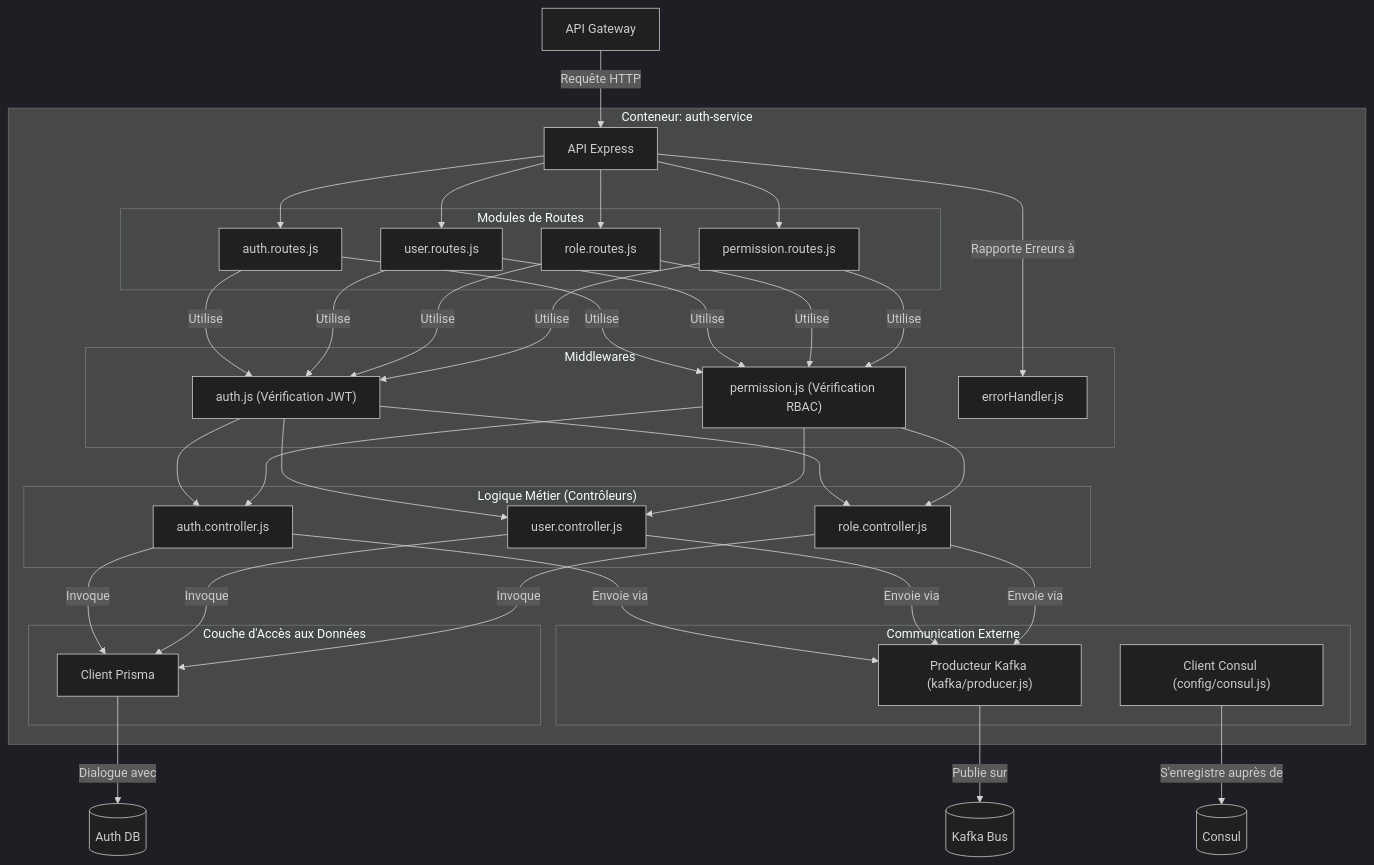
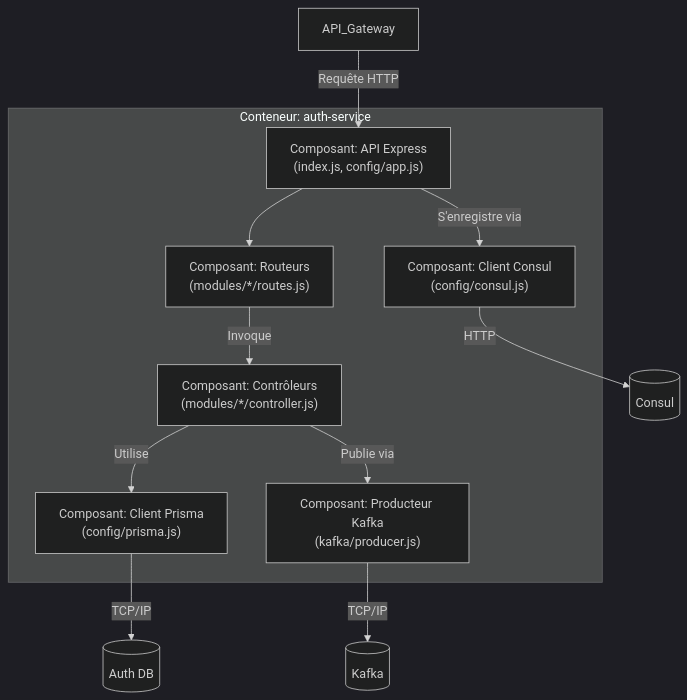
One commit to HarcheSamir/esisba-lirmm-ecommerce changed the fourth of 12 diagrams in MVP.md. Above: the diagram before and after it, drawn with Mermaid (dark theme). The commit also changed other lines of this file, not shown here.

````diff
--- a/MVP.md
+++ b/MVP.md
@@ -164,40 +200,22 @@
 ```mermaid
 graph TD
     subgraph "Conteneur: auth-service"
-        A[API Express]
-        subgraph "Modules de Routes"
-            B1[auth.routes.js]
-            B2[user.routes.js]
-            B3[role.routes.js]
-            B4[permission.routes.js]
-        end
-        subgraph "Middlewares"
-            C1["auth.js (Vérification JWT)"]
-            C2["permission.js (Vérification RBAC)"]
-            C3[errorHandler.js]
-        end
-        subgraph "Logique Métier (Contrôleurs)"
-            D1[auth.controller.js]
-            D2[user.controller.js]
-            D3[role.controller.js]
-        end
-        subgraph "Couche d'Accès aux Données"
-            E[Client Prisma]
-        end
-        subgraph "Communication Externe"
-            F["Producteur Kafka (kafka/producer.js)"]
-            G["Client Consul (config/consul.js)"]
-        end
+        API["Composant: API Express<br/>(index.js, config/app.js)"]
+        Routes["Composant: Routeurs<br/>(modules/*/routes.js)"]
+        Controllers["Composant: Contrôleurs<br/>(modules/*/controller.js)"]
+        PrismaClient["Composant: Client Prisma<br/>(config/prisma.js)"]
+        KafkaProducer["Composant: Producteur Kafka<br/>(kafka/producer.js)"]
+        ConsulClient["Composant: Client Consul<br/>(config/consul.js)"]
     end
     
-    API_Gateway["API Gateway"] -- "Requête HTTP" --> A
-    A --> B1 & B2 & B3 & B4
-    B1 & B2 & B3 & B4 -- "Utilise" --> C1 & C2
-    C1 & C2 --> D1 & D2 & D3
-    D1 & D2 & D3 -- "Invoque" --> E
-    D1 & D2 & D3 -- "Envoie via" --> F
-    A -- "Rapporte Erreurs à" --> C3
-    E -- "Dialogue avec" --> Auth_DB[("Auth DB")]
-    F -- "Publie sur" --> Kafka[("Kafka Bus")]
-    G -- "S'enregistre auprès de" --> Consul_Svc[("Consul")]
+    API_Gateway -- "Requête HTTP" --> API
+    API --> Routes
+    Routes -- "Invoque" --> Controllers
+    Controllers -- "Utilise" --> PrismaClient
+    Controllers -- "Publie via" --> KafkaProducer
+    API -- "S'enregistre via" --> ConsulClient
+    
+    PrismaClient -- "TCP/IP" --> Auth_DB[(Auth DB)]
+    KafkaProducer -- "TCP/IP" --> Kafka_Bus[(Kafka)]
+    ConsulClient -- "HTTP" --> Consul_Svc[(Consul)]
 ```
````
